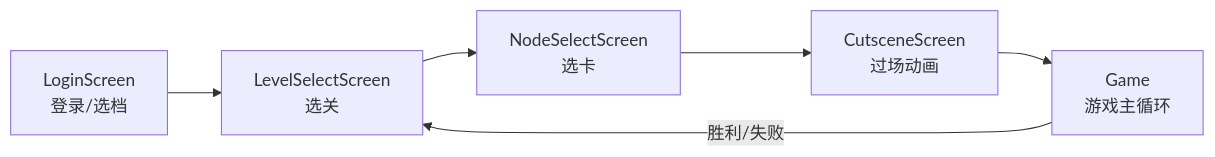
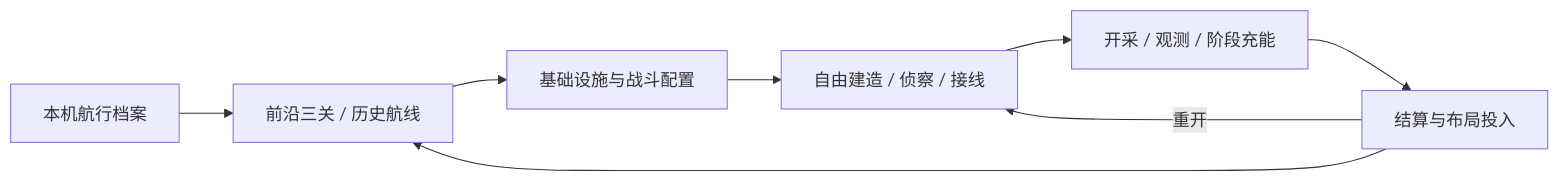
The first of 4 diagrams in doc/ARCHITECTURE.md (falling-feather/Starfield_Nodes), drawn with Mermaid before and after one commit. The commit also changed other lines of this file and 144 other files, not shown here.

````diff
--- a/doc/ARCHITECTURE.md
+++ b/doc/ARCHITECTURE.md
@@ -9,8 +7,10 @@
 ```mermaid
 flowchart LR
-    A[LoginScreen<br>登录/选档] --> B[LevelSelectScreen<br>选关]
-    B --> C[NodeSelectScreen<br>选卡]
-    C --> D[CutsceneScreen<br>过场动画]
-    D --> E[Game<br>游戏主循环]
-    E -->|胜利/失败| B
+  Title[本机航行档案] --> Missions[前沿三关 / 历史航线]
+  Missions --> Kit[基础设施与战斗配置]
+  Kit --> Field[自由建造 / 侦察 / 接线]
+  Field --> Sites[开采 / 观测 / 阶段充能]
+  Sites --> Result[结算与布局投入]
+  Result --> Missions
+  Result -->|重开| Field
 ```
````
